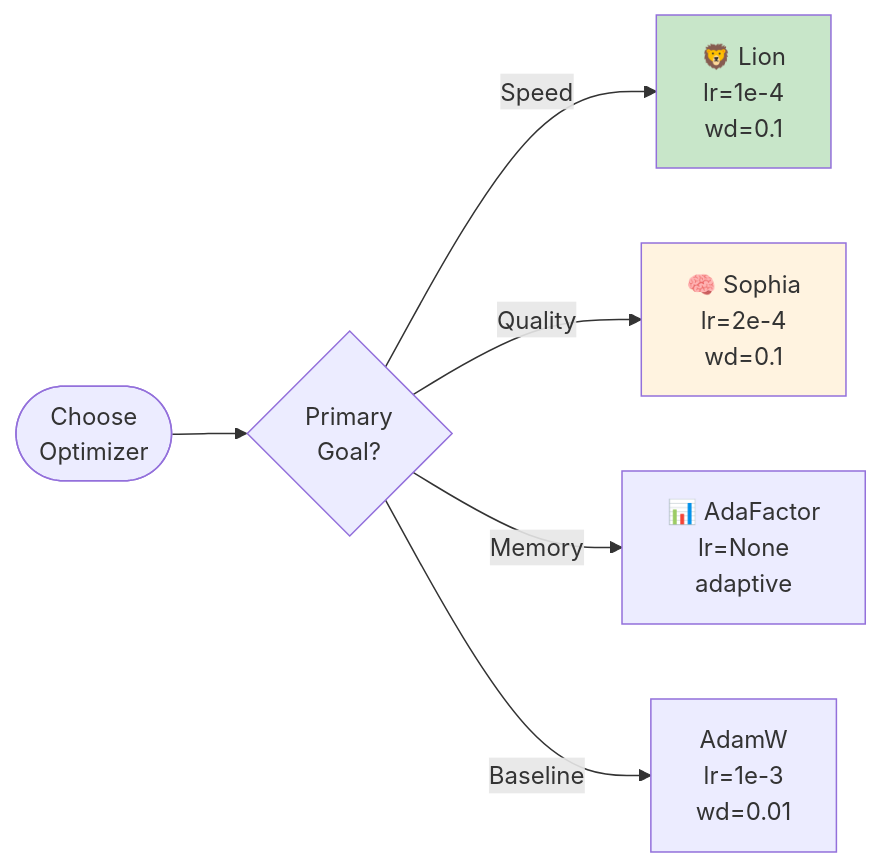
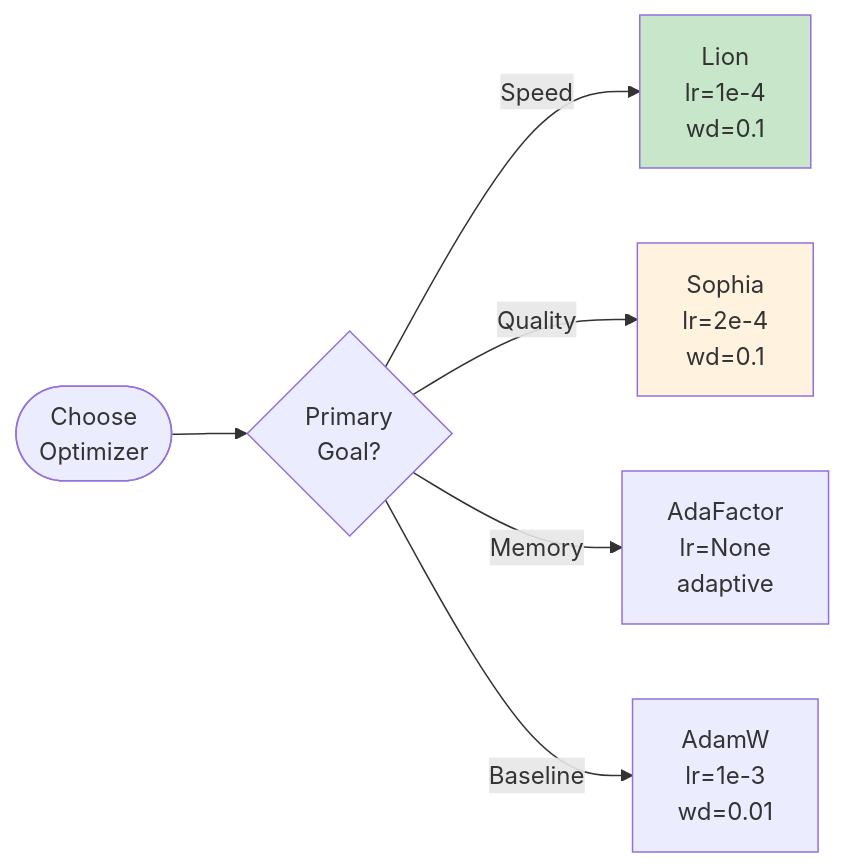
One commit to Pizzaman213/Ava_AI changed the second of 6 diagrams in code/docs/QUICK_REFERENCE.md. Above: the diagram before and after it, drawn with Mermaid. The commit also changed other lines of this file and 215 other files, not shown here.

````diff
--- a/code/docs/QUICK_REFERENCE.md
+++ b/code/docs/QUICK_REFERENCE.md
@@ -54,12 +54,12 @@
 ```mermaid
 flowchart LR
     Start([Choose<br/>Optimizer]) --> Goal{Primary<br/>Goal?}
 
-    Goal -->|Speed| Lion["🦁 Lion<br/>lr=1e-4<br/>wd=0.1"]
-    Goal -->|Quality| Sophia["🧠 Sophia<br/>lr=2e-4<br/>wd=0.1"]
-    Goal -->|Memory| AdaFactor["📊 AdaFactor<br/>lr=None<br/>adaptive"]
+    Goal -->|Speed| Lion[" Lion<br/>lr=1e-4<br/>wd=0.1"]
+    Goal -->|Quality| Sophia[" Sophia<br/>lr=2e-4<br/>wd=0.1"]
+    Goal -->|Memory| AdaFactor[" AdaFactor<br/>lr=None<br/>adaptive"]
     Goal -->|Baseline| AdamW["AdamW<br/>lr=1e-3<br/>wd=0.01"]
 
     style Lion fill:#c8e6c9
     style Sophia fill:#fff3e0
 ```
````
